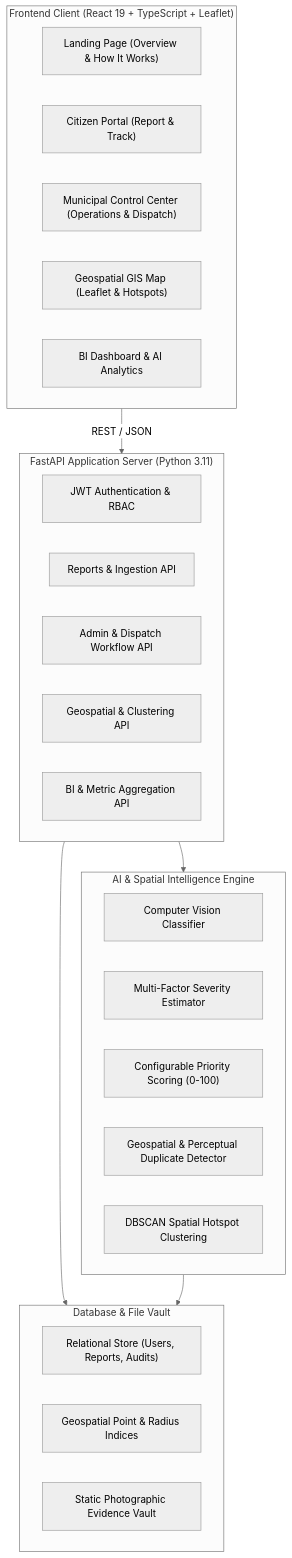
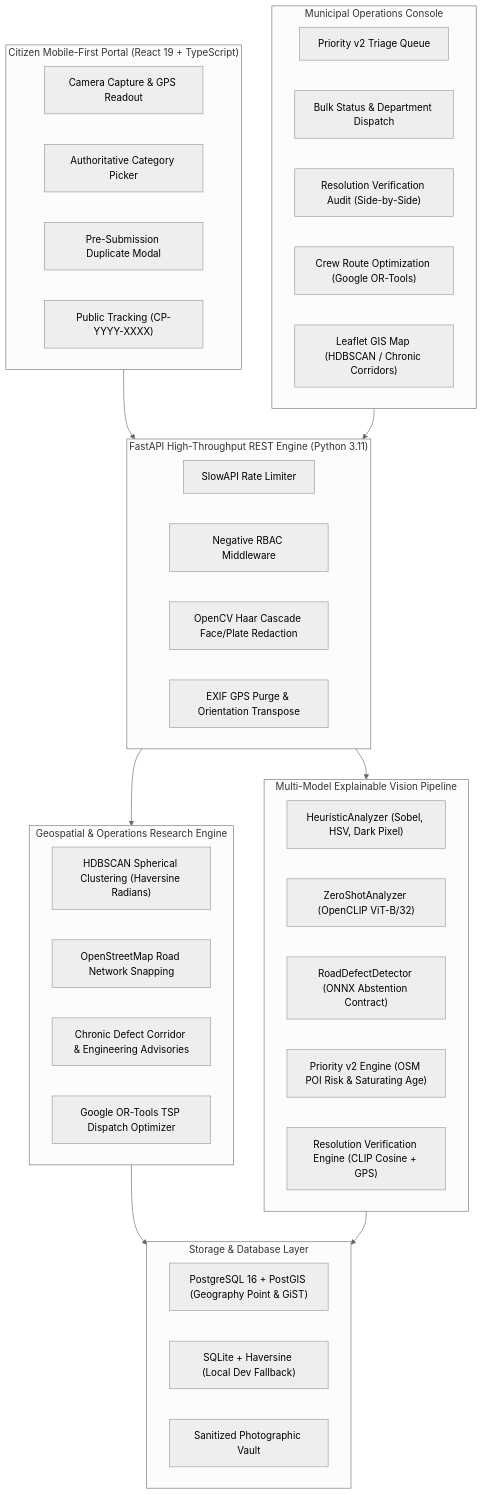
Before and after one commit to Varshini22-bot/CivicPulse-AI: the diagram in README.md, drawn with Mermaid (neutral theme). The commit also changed other lines of this file and 7 other files, not shown here.

````diff
--- a/README.md
+++ b/README.md
@@ -24,37 +29,52 @@
 ```mermaid
 flowchart TD
-    subgraph Client["Frontend Client (React 19 + TypeScript + Leaflet)"]
-        Landing["Landing Page (Overview & How It Works)"]
-        CitizenPortal["Citizen Portal (Report & Track)"]
-        AdminPortal["Municipal Control Center (Operations & Dispatch)"]
-        MapGIS["Geospatial GIS Map (Leaflet & Hotspots)"]
-        AnalyticsBI["BI Dashboard & AI Analytics"]
+    subgraph CitizenClient["Citizen Mobile-First Portal (React 19 + TypeScript)"]
+        CameraCapture["Camera Capture & GPS Readout"]
+        AuthoritativeSelection["Authoritative Category Picker"]
+        PreSubScan["Pre-Submission Duplicate Modal"]
+        PublicTrack["Public Tracking (CP-YYYY-XXXX)"]
     end
 
-    subgraph API["FastAPI Application Server (Python 3.11)"]
-        AuthMiddleware["JWT Authentication & RBAC"]
-        ReportsAPI["Reports & Ingestion API"]
-        AdminAPI["Admin & Dispatch Workflow API"]
-        MapAPI["Geospatial & Clustering API"]
-        AnalyticsAPI["BI & Metric Aggregation API"]
+    subgraph MunicipalAdmin["Municipal Operations Console"]
+        TriageQueue["Priority v2 Triage Queue"]
+        BulkAction["Bulk Status & Department Dispatch"]
+        AuditQueue["Resolution Verification Audit (Side-by-Side)"]
+        RouteOpt["Crew Route Optimization (Google OR-Tools)"]
+        GISMap["Leaflet GIS Map (HDBSCAN / Chronic Corridors)"]
     end
 
-    subgraph Intelligence["AI & Spatial Intelligence Engine"]
-        CVEngine["Computer Vision Classifier"]
-        SeverityEngine["Multi-Factor Severity Estimator"]
-        PriorityEngine["Configurable Priority Scoring (0-100)"]
-        DuplicateEngine["Geospatial & Perceptual Duplicate Detector"]
-        ClusterEngine["DBSCAN Spatial Hotspot Clustering"]
+    subgraph BackendAPI["FastAPI High-Throughput REST Engine (Python 3.11)"]
+        RateLimiter["SlowAPI Rate Limiter"]
+        AuthRBAC["Negative RBAC Middleware"]
+        PrivacyEngine["OpenCV Haar Cascade Face/Plate Redaction"]
+        ExifSanitizer["EXIF GPS Purge & Orientation Transpose"]
     end
 
-    subgraph Storage["Database & File Vault"]
-        SQLStore["Relational Store (Users, Reports, Audits)"]
-        SpatialIndex["Geospatial Point & Radius Indices"]
-        MediaStore["Static Photographic Evidence Vault"]
+    subgraph SpatialIntelligence["Geospatial & Operations Research Engine"]
+        HDBSCANEngine["HDBSCAN Spherical Clustering (Haversine Radians)"]
+        OSMSnapping["OpenStreetMap Road Network Snapping"]
+        ChronicCorridor["Chronic Defect Corridor & Engineering Advisories"]
+        ORToolsTSP["Google OR-Tools TSP Dispatch Optimizer"]
     end
 
-    Client -->|REST / JSON| API
-    API --> Intelligence
-    API --> Storage
-    Intelligence --> Storage
+    subgraph MLEngine["Multi-Model Explainable Vision Pipeline"]
+        HeuristicModel["HeuristicAnalyzer (Sobel, HSV, Dark Pixel)"]
+        ZeroShotModel["ZeroShotAnalyzer (OpenCLIP ViT-B/32)"]
+        DetectorModel["RoadDefectDetector (ONNX Abstention Contract)"]
+        PriorityV2["Priority v2 Engine (OSM POI Risk & Saturating Age)"]
+        ResolutionVerifier["Resolution Verification Engine (CLIP Cosine + GPS)"]
+    end
+
+    subgraph Persistence["Storage & Database Layer"]
+        PostgresPostGIS["PostgreSQL 16 + PostGIS (Geography Point & GiST)"]
+        SQLiteFallback["SQLite + Haversine (Local Dev Fallback)"]
+        MediaVault["Sanitized Photographic Vault"]
+    end
+
+    CitizenClient --> BackendAPI
+    MunicipalAdmin --> BackendAPI
+    BackendAPI --> MLEngine
+    BackendAPI --> SpatialIntelligence
+    SpatialIntelligence --> Persistence
+    MLEngine --> Persistence
 ```
````
